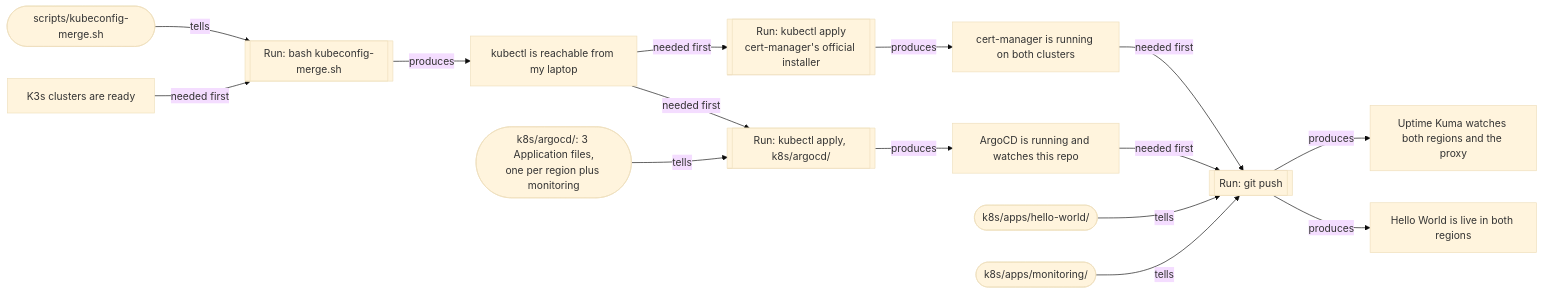
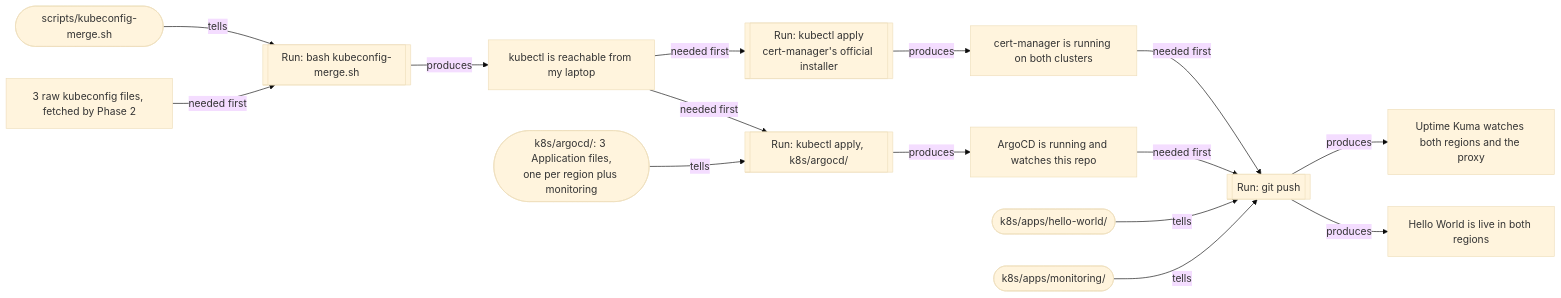
Before and after one commit to Dennis4507/cloud-native-ha-platform: the fourth of 5 diagrams in README.md, drawn with Mermaid (base theme). The commit also changed other lines of this file, not shown here.

Commit message:
Close the kubeconfig gap between Phase 2 and Phase 3
Phase 2 now shows its real third output: the 3 raw per-server
kubeconfig files (ansible/kubeconfig-{west-eu,germany-west,gcp-
showcase}-server.yaml) that roles/k3s-server/tasks/main.yml actually
fetches to the local machine. Phase 3 now starts from that exact
result instead of the vague "K3s clusters are ready", which never
mentioned GCP or named what kubeconfig-merge.sh is actually reading.

Verified directly: the merge script hardcodes and requires all three
files by name, including GCP's, and errors out if any are missing.
The old Phase 3 opening didn't reflect that dependency at all.

Test-rendered locally before writing.

````diff
--- a/README.md
+++ b/README.md
@@ -106,20 +107,20 @@
 ```mermaid
 flowchart LR
-    IN3["K3s clusters are ready"] -->|needed first| CMD3B[["Run: bash kubeconfig-merge.sh"]]
+    IN3["3 raw kubeconfig files, fetched by Phase 2"] -->|needed first| CMD3B[["Run: bash kubeconfig-merge.sh"]]
     F3B(["scripts/kubeconfig-merge.sh"]) -->|tells| CMD3B
     CMD3B -->|produces| OUT3B["kubectl is reachable from my laptop"]
 
     OUT3B -->|needed first| CMD4[["Run: kubectl apply, k8s/argocd/"]]
     F4(["k8s/argocd/: 3 Application files,<br/>one per region plus monitoring"]) -->|tells| CMD4
     CMD4 -->|produces| OUT4["ArgoCD is running and watches this repo"]
 
     OUT3B -->|needed first| CMDCM[["Run: kubectl apply<br/>cert-manager's official installer"]]
     CMDCM -->|produces| OUTCM["cert-manager is running on both clusters"]
 
     F5A(["k8s/apps/hello-world/"]) -->|tells| CMD5[["Run: git push"]]
     F5B(["k8s/apps/monitoring/"]) -->|tells| CMD5
     OUT4 -->|needed first| CMD5
     OUTCM -->|needed first| CMD5
     CMD5 -->|produces| OUT5A["Hello World is live in both regions"]
     CMD5 -->|produces| OUT5B["Uptime Kuma watches both regions and the proxy"]
 ```
````
